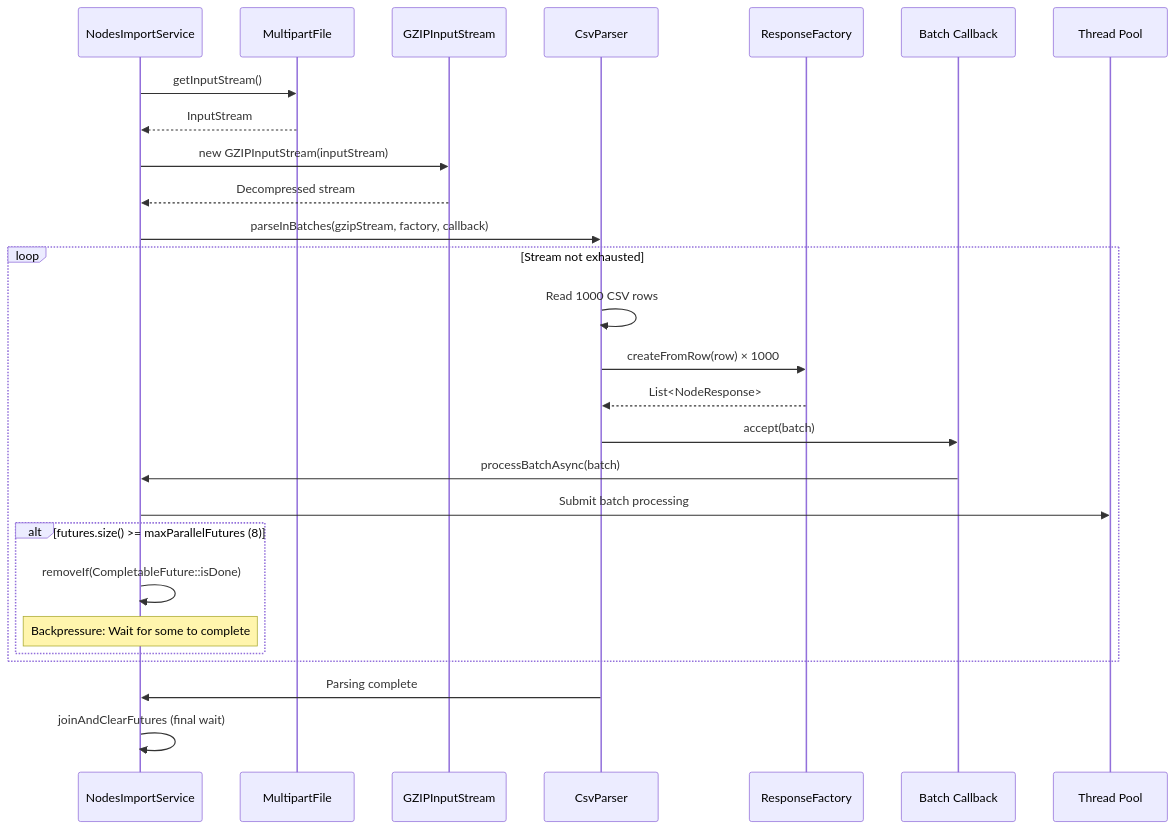
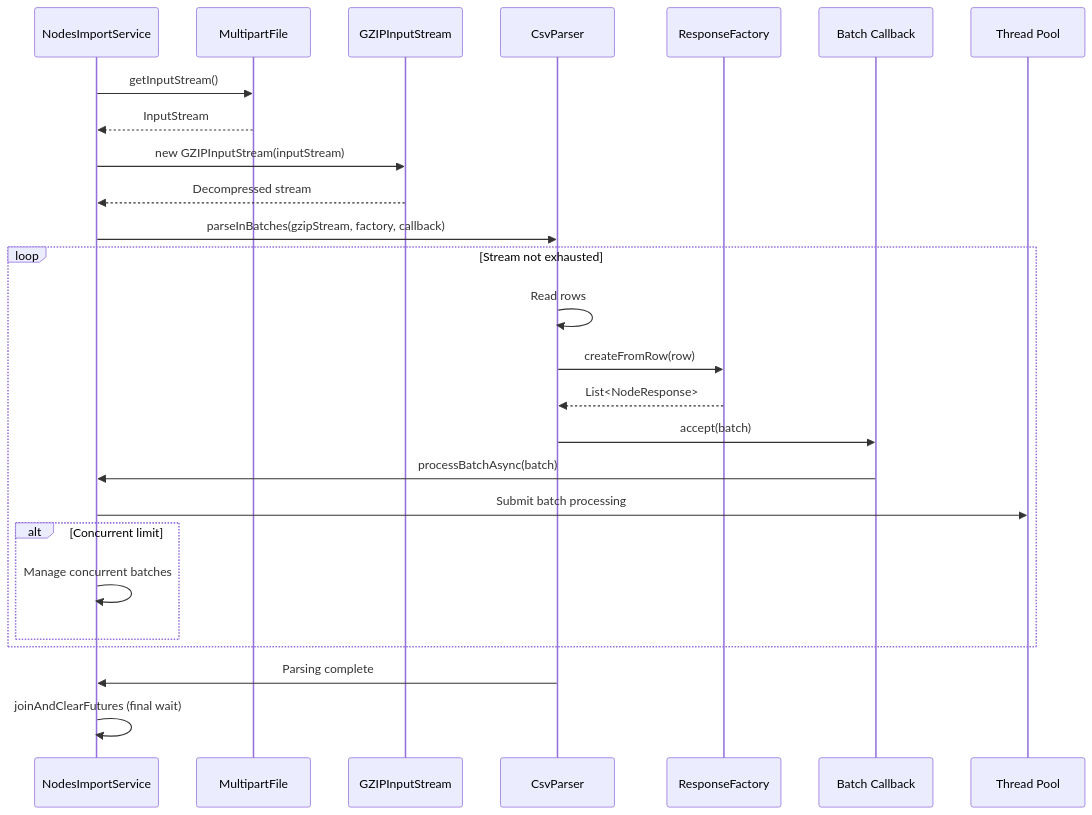
Diagram 18 of 27 in docs/Low Level Designs/NodesImport.md (kagit00/schedule_x), drawn with Mermaid before and after one commit. The commit also changed other lines of this file and 7 other files, not shown here.

````diff
--- a/docs/Low Level Designs/NodesImport.md
+++ b/docs/Low Level Designs/NodesImport.md
@@ -915,37 +777,36 @@
 ```mermaid
 sequenceDiagram
     participant Svc as NodesImportService
     participant File as MultipartFile
     participant GZIP as GZIPInputStream
     participant Parser as CsvParser
     participant Factory as ResponseFactory
     participant Callback as Batch Callback
     participant Executor as Thread Pool
     
     Svc->>File: getInputStream()
     File-->>Svc: InputStream
     
     Svc->>GZIP: new GZIPInputStream(inputStream)
     GZIP-->>Svc: Decompressed stream
     
     Svc->>Parser: parseInBatches(gzipStream, factory, callback)
     
     loop Stream not exhausted
-        Parser->>Parser: Read 1000 CSV rows
-        Parser->>Factory: createFromRow(row) × 1000
+        Parser->>Parser: Read rows
+        Parser->>Factory: createFromRow(row)
         Factory-->>Parser: List<NodeResponse>
         
         Parser->>Callback: accept(batch)
         
         Callback->>Svc: processBatchAsync(batch)
         Svc->>Executor: Submit batch processing
         
-        alt futures.size() >= maxParallelFutures (8)
-            Svc->>Svc: removeIf(CompletableFuture::isDone)
-            Note over Svc: Backpressure: Wait for some to complete
+        alt Concurrent limit
+            Svc->>Svc: Manage concurrent batches
         end
     end
     
     Parser->>Svc: Parsing complete
     Svc->>Svc: joinAndClearFutures (final wait)
 ```
````
